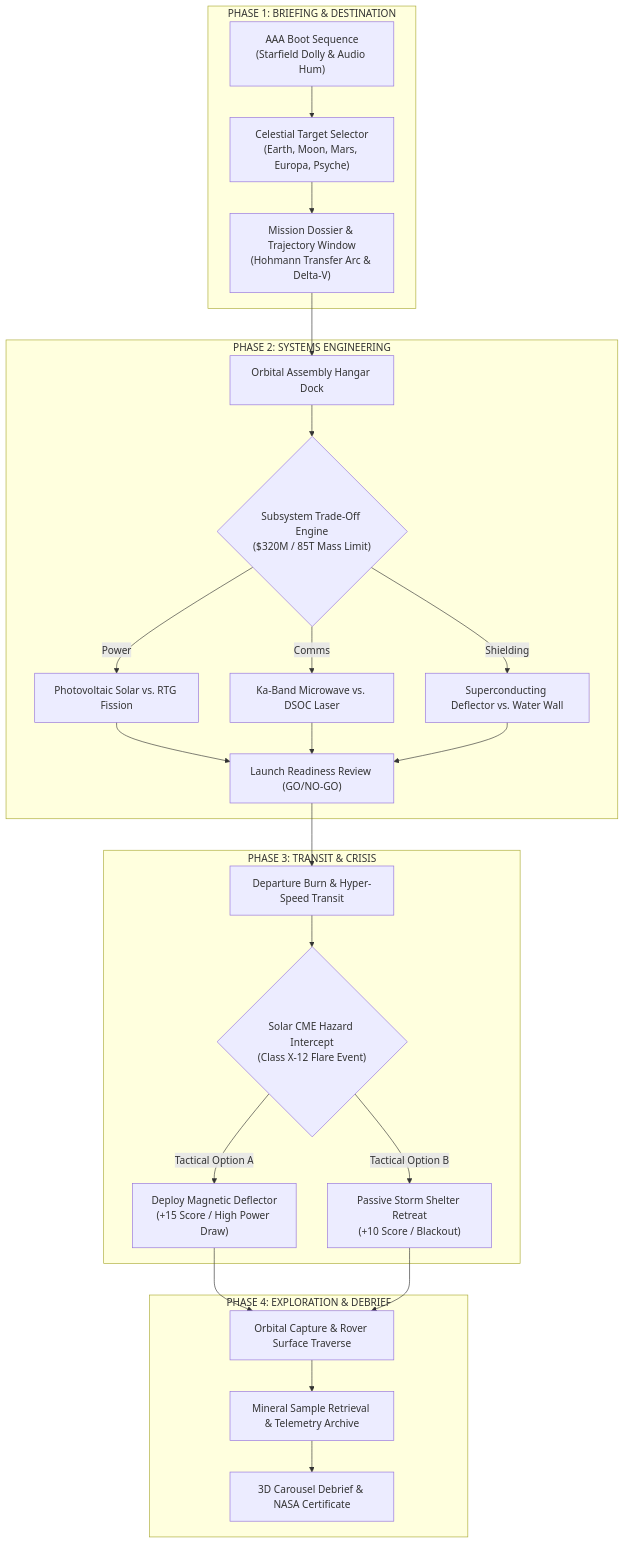
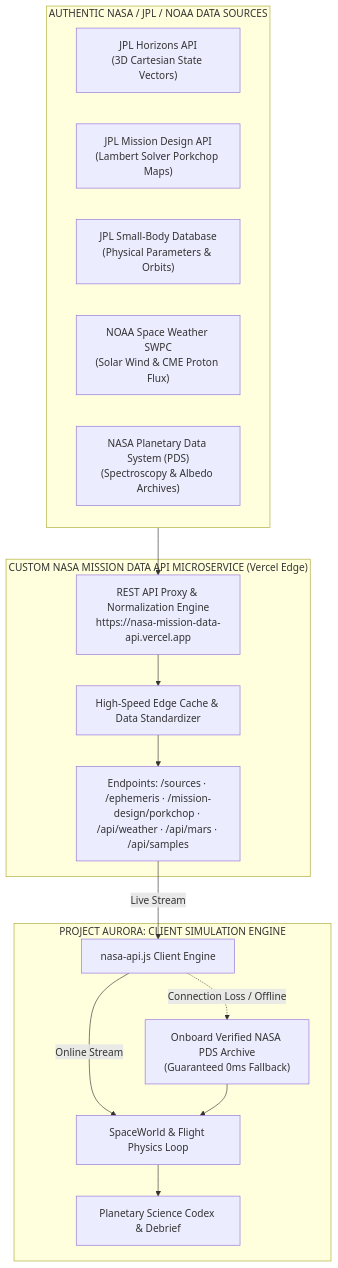
Before and after one commit to ripa2202053/mission-forge-project-aurora: the diagram in README.md, drawn with Mermaid. The commit also changed other lines of this file and 225 other files, not shown here.

Commit message:
Update Mission Forge Project Aurora with full project files and features

````diff
--- a/README.md
+++ b/README.md
@@ -44,29 +39,31 @@
 ```mermaid
 flowchart TD
-    subgraph S1["PHASE 1: BRIEFING & DESTINATION"]
-        A["AAA Boot Sequence<br/>(Starfield Dolly & Audio Hum)"] --> B["Celestial Target Selector<br/>(Earth, Moon, Mars, Europa, Psyche)"]
-        B --> C["Mission Dossier & Trajectory Window<br/>(Hohmann Transfer Arc & Delta-V)"]
+    subgraph NASA_SOURCES["AUTHENTIC NASA / JPL / NOAA DATA SOURCES"]
+        JPL_H["JPL Horizons API<br/>(3D Cartesian State Vectors)"]
+        JPL_P["JPL Mission Design API<br/>(Lambert Solver Porkchop Maps)"]
+        JPL_S["JPL Small-Body Database<br/>(Physical Parameters & Orbits)"]
+        NOAA_S["NOAA Space Weather SWPC<br/>(Solar Wind & CME Proton Flux)"]
+        PDS_A["NASA Planetary Data System (PDS)<br/>(Spectroscopy & Albedo Archives)"]
     end
 
-    subgraph S2["PHASE 2: SYSTEMS ENGINEERING"]
-        C --> D["Orbital Assembly Hangar Dock"]
-        D --> E{"Subsystem Trade-Off Engine<br/>($320M / 85T Mass Limit)"}
-        E -->|Power| E1["Photovoltaic Solar vs. RTG Fission"]
-        E -->|Comms| E2["Ka-Band Microwave vs. DSOC Laser"]
-        E -->|Shielding| E3["Superconducting Deflector vs. Water Wall"]
-        E1 & E2 & E3 --> F["Launch Readiness Review (GO/NO-GO)"]
+    subgraph CUSTOM_API["CUSTOM NASA MISSION DATA API MICROSERVICE (Vercel Edge)"]
+        API_PROXY["REST API Proxy & Normalization Engine<br/>https://nasa-mission-data-api.vercel.app"]
+        API_CACHE["High-Speed Edge Cache & Data Standardizer"]
+        API_ENDPOINTS["Endpoints: /sources · /ephemeris · /mission-design/porkchop · /api/weather · /api/mars · /api/samples"]
+        API_PROXY --> API_CACHE --> API_ENDPOINTS
     end
 
-    subgraph S3["PHASE 3: TRANSIT & CRISIS"]
-        F --> G["Departure Burn & Hyper-Speed Transit"]
-        G --> H{"Solar CME Hazard Intercept<br/>(Class X-12 Flare Event)"}
-        H -->|Tactical Option A| H1["Deploy Magnetic Deflector<br/>(+15 Score / High Power Draw)"]
-        H -->|Tactical Option B| H2["Passive Storm Shelter Retreat<br/>(+10 Score / Blackout)"]
+    subgraph GAME_CLIENT["PROJECT AURORA: CLIENT SIMULATION ENGINE"]
+        FETCH_ENGINE["nasa-api.js Client Engine"]
+        OFFLINE_PDS["Onboard Verified NASA PDS Archive<br/>(Guaranteed 0ms Fallback)"]
+        SIM_CORE["SpaceWorld & Flight Physics Loop"]
+        CODEX_VIEW["Planetary Science Codex & Debrief"]
     end
 
-    subgraph S4["PHASE 4: EXPLORATION & DEBRIEF"]
-        H1 & H2 --> I["Orbital Capture & Rover Surface Traverse"]
-        I --> J["Mineral Sample Retrieval & Telemetry Archive"]
-        J --> K["3D Carousel Debrief & NASA Certificate"]
-    end
+    NASA_SOURCES --> API_PROXY
+    API_ENDPOINTS -->|Live Stream| FETCH_ENGINE
+    FETCH_ENGINE -->|Online Stream| SIM_CORE
+    FETCH_ENGINE -.->|Connection Loss / Offline| OFFLINE_PDS
+    OFFLINE_PDS --> SIM_CORE
+    SIM_CORE --> CODEX_VIEW
 ```
````
